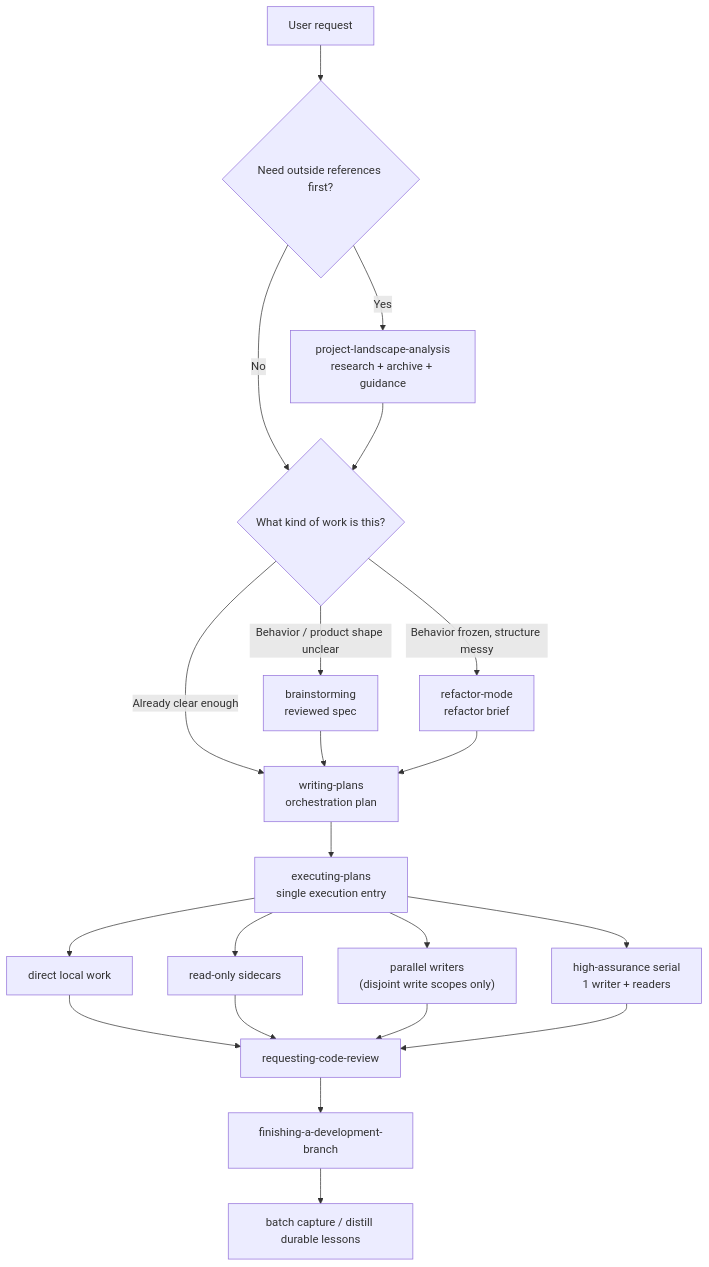
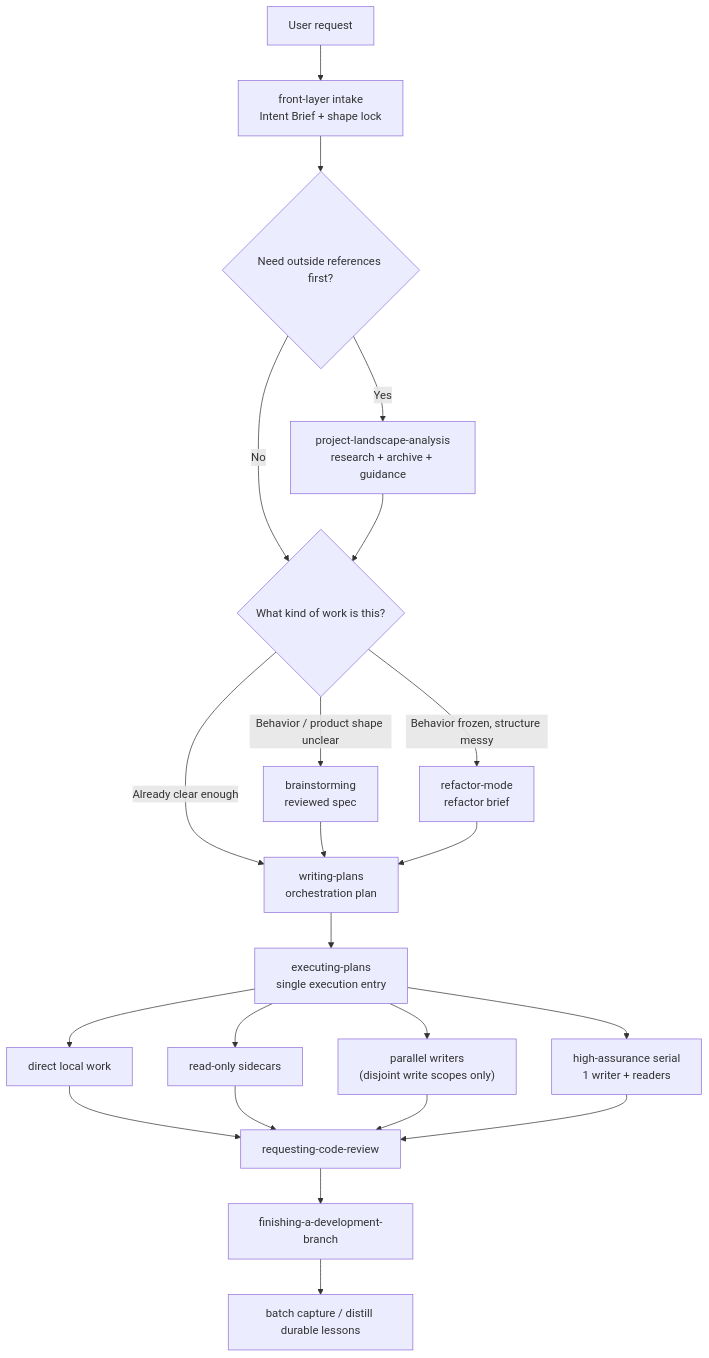
One commit to guhaigg/better-sp changed the second of 4 diagrams in README.md. Above: the diagram before and after it, drawn with Mermaid. The commit also changed other lines of this file and 3 other files, not shown here.

Commit message:
docs: refresh better-sp workflow diagrams and front-layer docs

````diff
--- a/README.md
+++ b/README.md
@@ -90,23 +98,24 @@
 ```mermaid
 flowchart TD
-    A["User request"] --> R{"Need outside references first?"}
+    A["User request"] --> A1["front-layer intake<br/>Intent Brief + shape lock"]
+    A1 --> R{"Need outside references first?"}
     R -- "Yes" --> S["project-landscape-analysis<br/>research + archive + guidance"]
     R -- "No" --> B{"What kind of work is this?"}
     S --> B
     B -- "Behavior / product shape unclear" --> C["brainstorming<br/>reviewed spec"]
     B -- "Behavior frozen, structure messy" --> D["refactor-mode<br/>refactor brief"]
     B -- "Already clear enough" --> E["writing-plans<br/>orchestration plan"]
     C --> E
     D --> E
     E --> F["executing-plans<br/>single execution entry"]
     F --> G["direct local work"]
     F --> H["read-only sidecars"]
     F --> I["parallel writers<br/>(disjoint write scopes only)"]
     F --> J["high-assurance serial<br/>1 writer + readers"]
     G --> K["requesting-code-review"]
     H --> K
     I --> K
     J --> K
     K --> L["finishing-a-development-branch"]
     L --> M["batch capture / distill durable lessons"]
 ```
````
